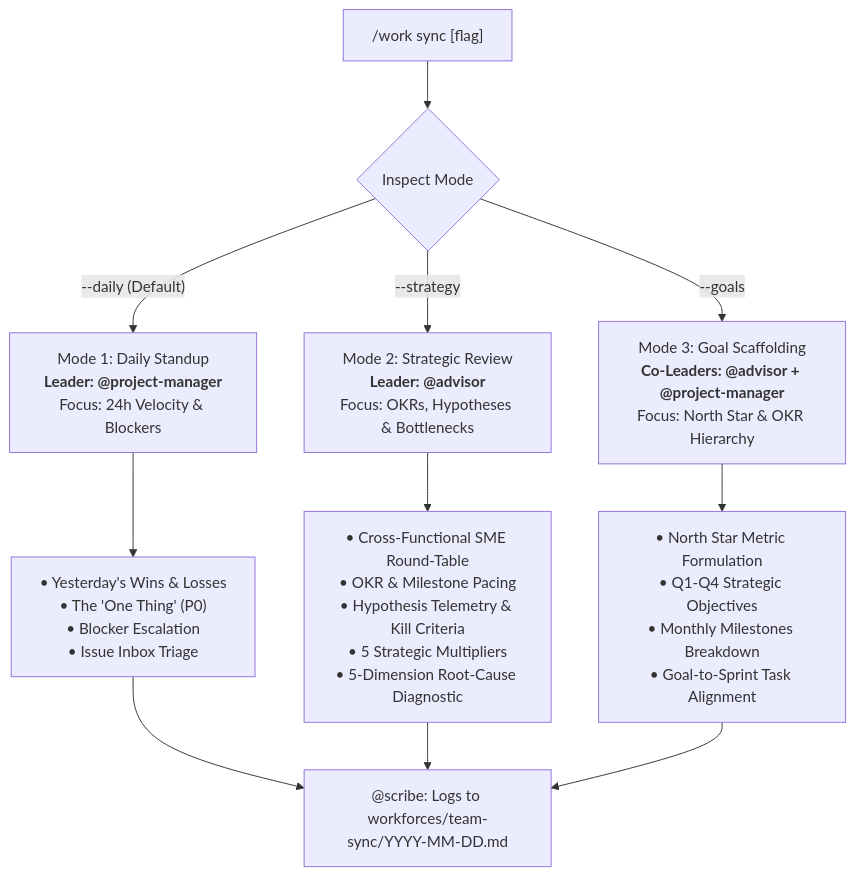
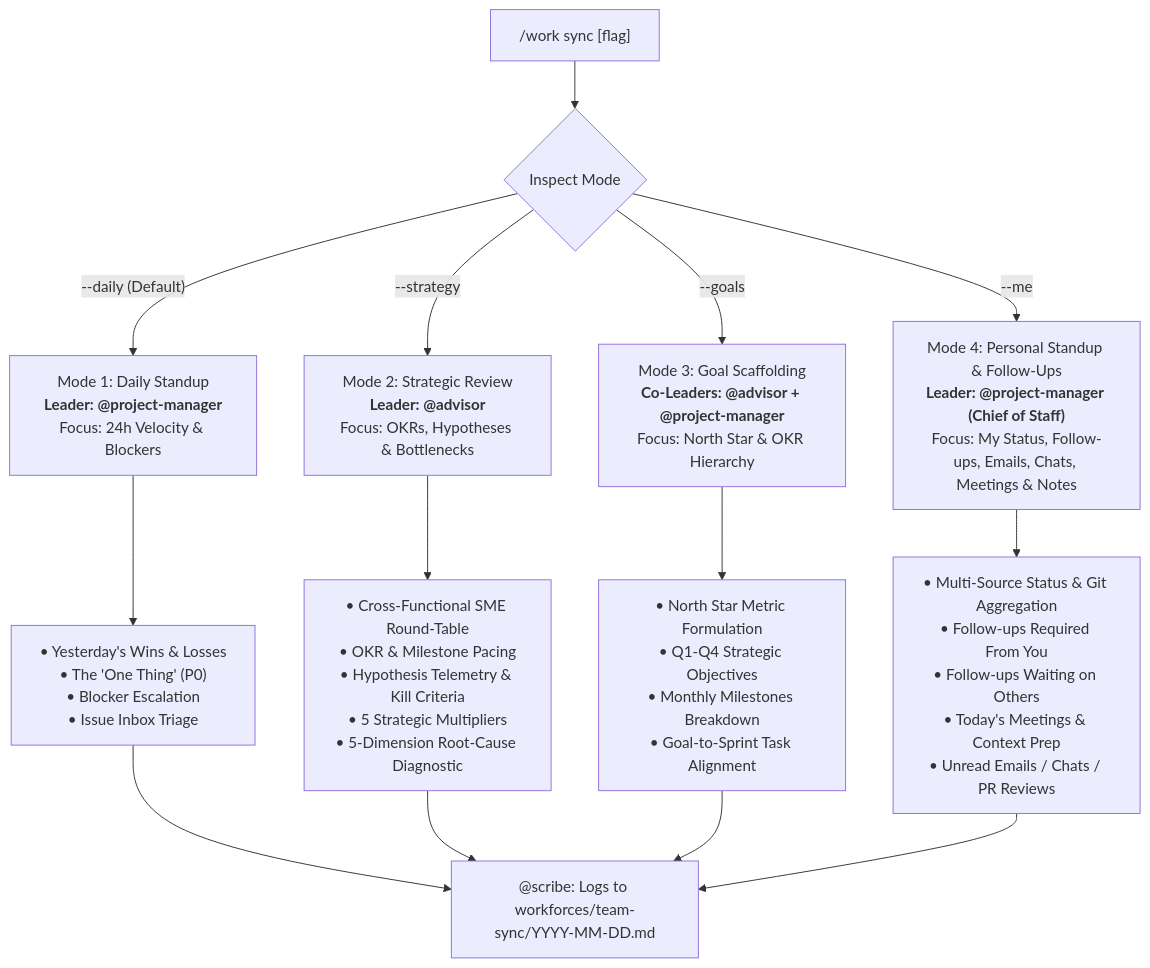
One commit to wedigcode/workforces changed the diagram in workflows/sync.md. Above: the diagram before and after it, drawn with Mermaid. The commit also changed other lines of this file and 9 other files, not shown here.

Commit message:
feat(sync): add /sync --me personal status & follow-up aggregator

````diff
--- a/workflows/sync.md
+++ b/workflows/sync.md
@@ -24,16 +25,19 @@
 ```mermaid
 graph TD
     Trigger["/work sync [flag]"] --> Router{"Inspect Mode"}
     
     Router -->|"--daily (Default)"| ModeDaily["Mode 1: Daily Standup<br/><b>Leader: @project-manager</b><br/>Focus: 24h Velocity & Blockers"]
     Router -->|"--strategy"| ModeStrat["Mode 2: Strategic Review<br/><b>Leader: @advisor</b><br/>Focus: OKRs, Hypotheses & Bottlenecks"]
     Router -->|"--goals"| ModeGoals["Mode 3: Goal Scaffolding<br/><b>Co-Leaders: @advisor + @project-manager</b><br/>Focus: North Star & OKR Hierarchy"]
+    Router -->|"--me"| ModeMe["Mode 4: Personal Standup & Follow-Ups<br/><b>Leader: @project-manager (Chief of Staff)</b><br/>Focus: My Status, Follow-ups, Emails, Chats, Meetings & Notes"]
     
     ModeDaily --> StandupExec["• Yesterday's Wins & Losses<br/>• The 'One Thing' (P0)<br/>• Blocker Escalation<br/>• Issue Inbox Triage"]
     ModeStrat --> StratExec["• Cross-Functional SME Round-Table<br/>• OKR & Milestone Pacing<br/>• Hypothesis Telemetry & Kill Criteria<br/>• 5 Strategic Multipliers<br/>• 5-Dimension Root-Cause Diagnostic"]
     ModeGoals --> GoalExec["• North Star Metric Formulation<br/>• Q1-Q4 Strategic Objectives<br/>• Monthly Milestones Breakdown<br/>• Goal-to-Sprint Task Alignment"]
+    ModeMe --> MeExec["• Multi-Source Status & Git Aggregation<br/>• Follow-ups Required From You<br/>• Follow-ups Waiting on Others<br/>• Today's Meetings & Context Prep<br/>• Unread Emails / Chats / PR Reviews"]
     
     StandupExec --> ScribeLog["@scribe: Logs to workforces/team-sync/YYYY-MM-DD.md"]
     StratExec --> ScribeLog
     GoalExec --> ScribeLog
+    MeExec --> ScribeLog
 ```
````
